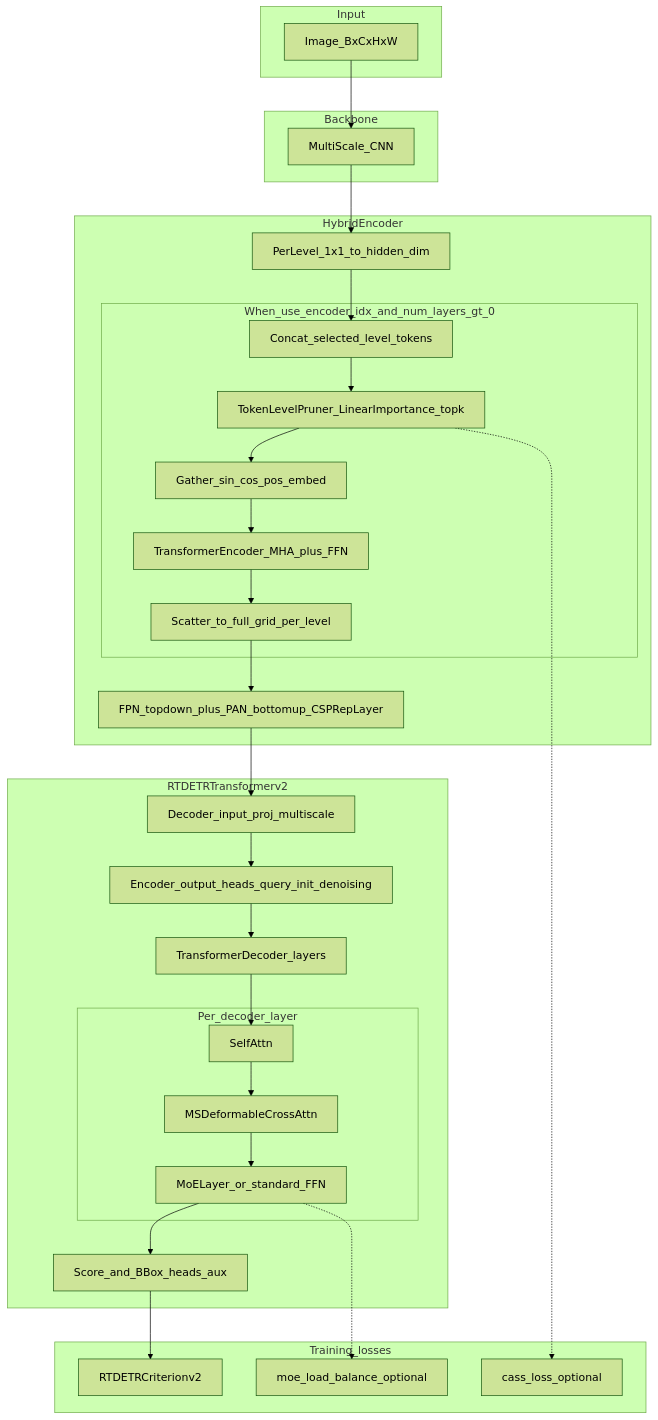
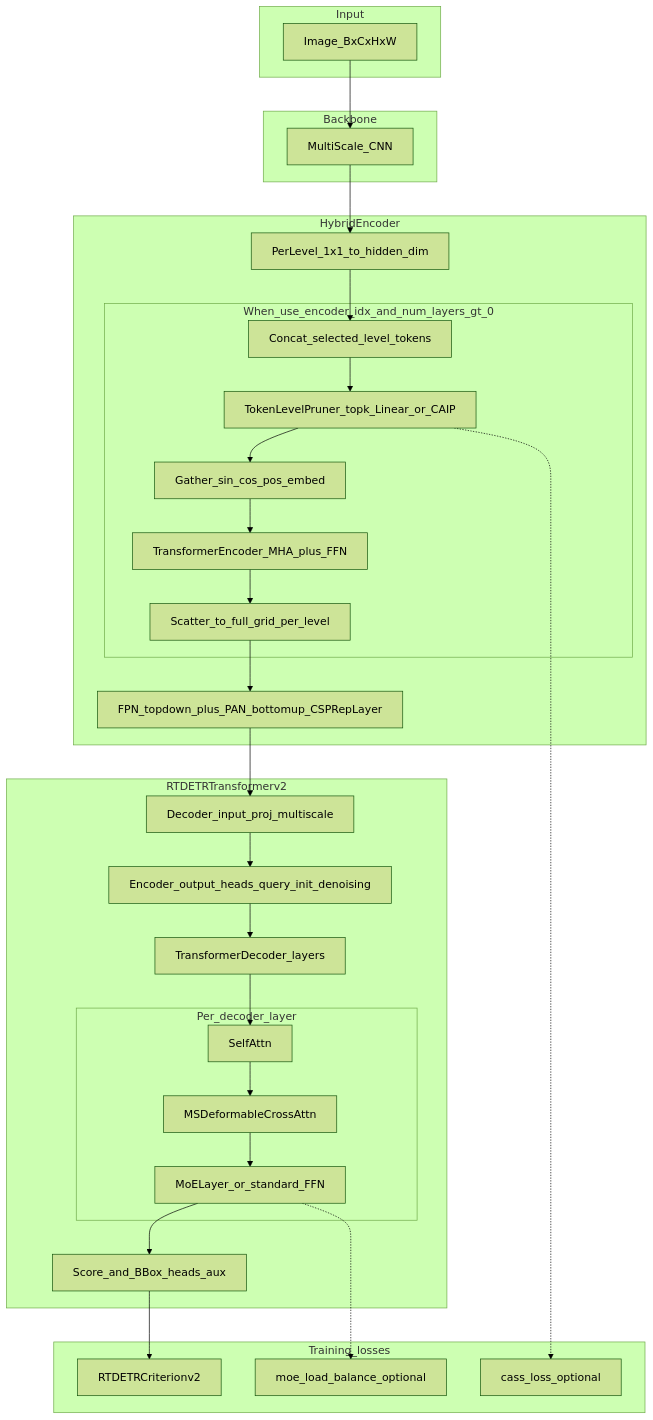
One commit to WhyNot0YJ/DSET changed the diagram in experiments/cas_detr/docs/Cas_DETR_Report.md. Above: the diagram before and after it, drawn with Mermaid (forest theme). The commit also changed other lines of this file and 2 other files, not shown here.

````diff
--- a/experiments/cas_detr/docs/Cas_DETR_Report.md
+++ b/experiments/cas_detr/docs/Cas_DETR_Report.md
@@ -33,50 +33,51 @@
 ```mermaid
 flowchart TB
   subgraph input [Input]
     IMG[Image_BxCxHxW]
   end
 
   subgraph backbone [Backbone]
     BB[MultiScale_CNN]
   end
 
   subgraph he [HybridEncoder]
     PROJ[PerLevel_1x1_to_hidden_dim]
     subgraph enc_branch [When_use_encoder_idx_and_num_layers_gt_0]
       CAT[Concat_selected_level_tokens]
-      PRUNE[TokenLevelPruner_LinearImportance_topk]
+      PRUNE[TokenLevelPruner_topk_Linear_or_CAIP]
       PE[Gather_sin_cos_pos_embed]
       TE[TransformerEncoder_MHA_plus_FFN]
       SCAT[Scatter_to_full_grid_per_level]
     end
     FPNPAN[FPN_topdown_plus_PAN_bottomup_CSPRepLayer]
   end
 
   subgraph dec [RTDETRTransformerv2]
     DPROJ[Decoder_input_proj_multiscale]
     ENCOUT[Encoder_output_heads_query_init_denoising]
     TDEC[TransformerDecoder_layers]
     subgraph ffn [Per_decoder_layer]
       SA[SelfAttn]
       CA[MSDeformableCrossAttn]
       MOE[MoELayer_or_standard_FFN]
     end
     HEADS[Score_and_BBox_heads_aux]
   end
 
   subgraph loss [Training_losses]
     DETR[RTDETRCriterionv2]
     MOEBAL[moe_load_balance_optional]
     CASS[cass_loss_optional]
   end
 
   IMG --> BB --> PROJ
   PROJ --> CAT --> PRUNE --> PE --> TE --> SCAT
+  %% CAT 前可对多尺度 token 加 level_embed；PRUNE 可选用 CAIP 或 Linear 打分
   SCAT --> FPNPAN
   FPNPAN --> DPROJ --> ENCOUT --> TDEC
   TDEC --> SA --> CA --> MOE
   MOE --> HEADS
   HEADS --> DETR
   MOE -.-> MOEBAL
   PRUNE -.-> CASS
 ```
````
